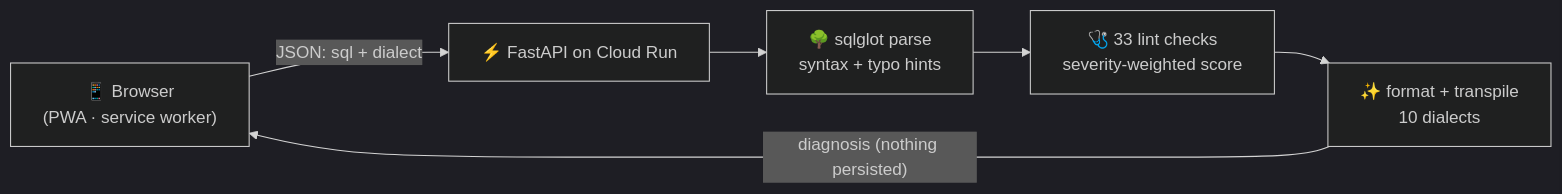
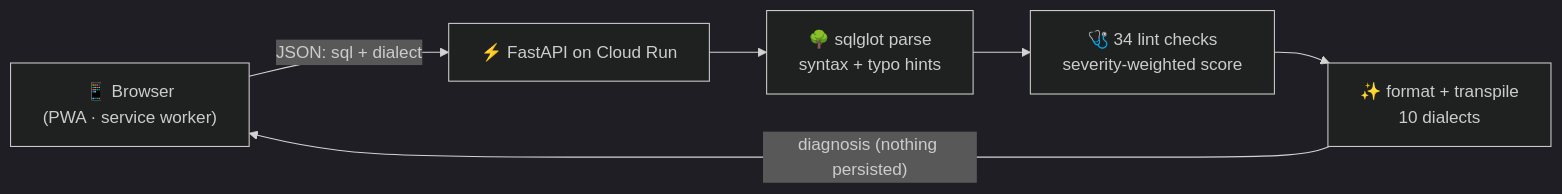
Before and after one commit to ARAVINDHRAJA123/querydoctor: the diagram in README.md, drawn with Mermaid (dark theme). The commit also changed other lines of this file and 3 other files, not shown here.

````diff
--- a/README.md
+++ b/README.md
@@ -164,8 +168,8 @@
 ```mermaid
 flowchart LR
     A["📱 Browser<br/>(PWA · service worker)"] -- "JSON: sql + dialect" --> B["⚡ FastAPI on Cloud Run"]
     B --> C["🌳 sqlglot parse<br/>syntax + typo hints"]
-    C --> D["🩺 33 lint checks<br/>severity-weighted score"]
+    C --> D["🩺 34 lint checks<br/>severity-weighted score"]
     D --> E["✨ format + transpile<br/>10 dialects"]
     E -- "diagnosis (nothing persisted)" --> A
 ```
````
